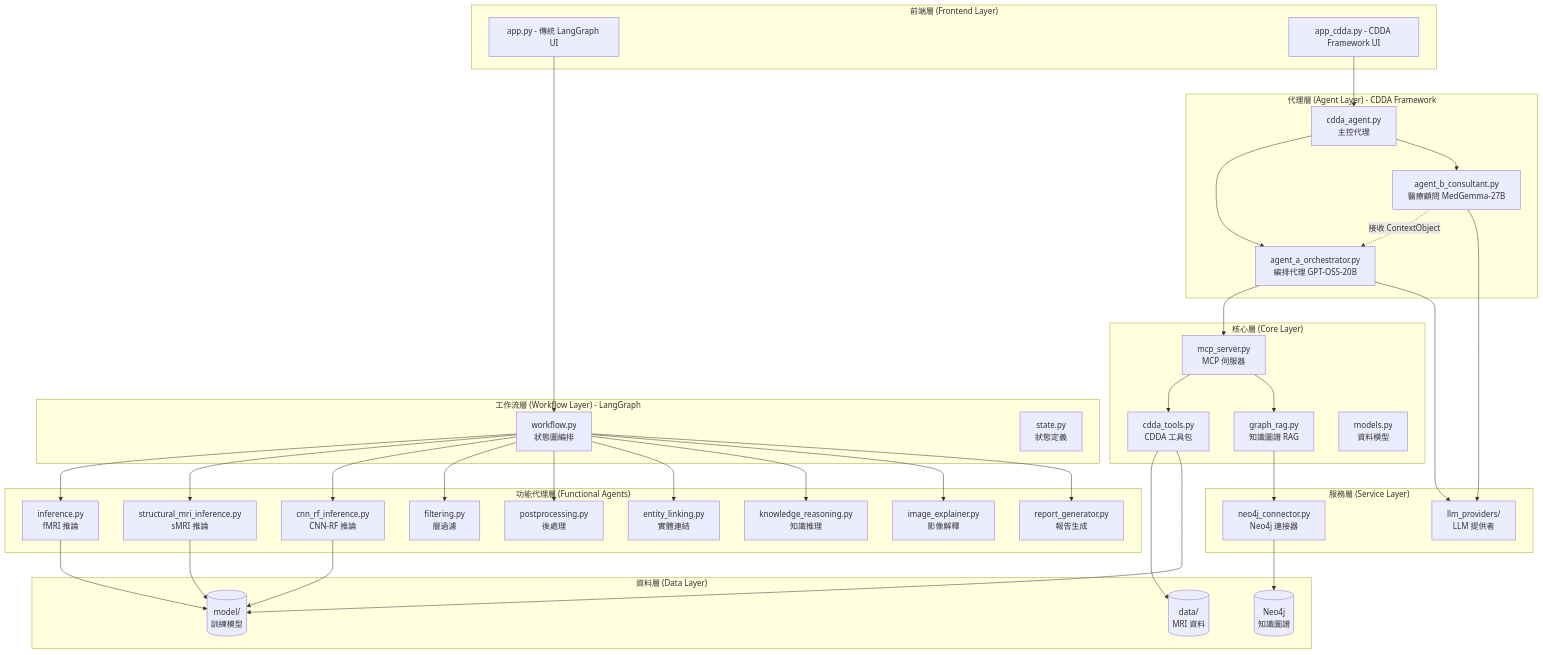
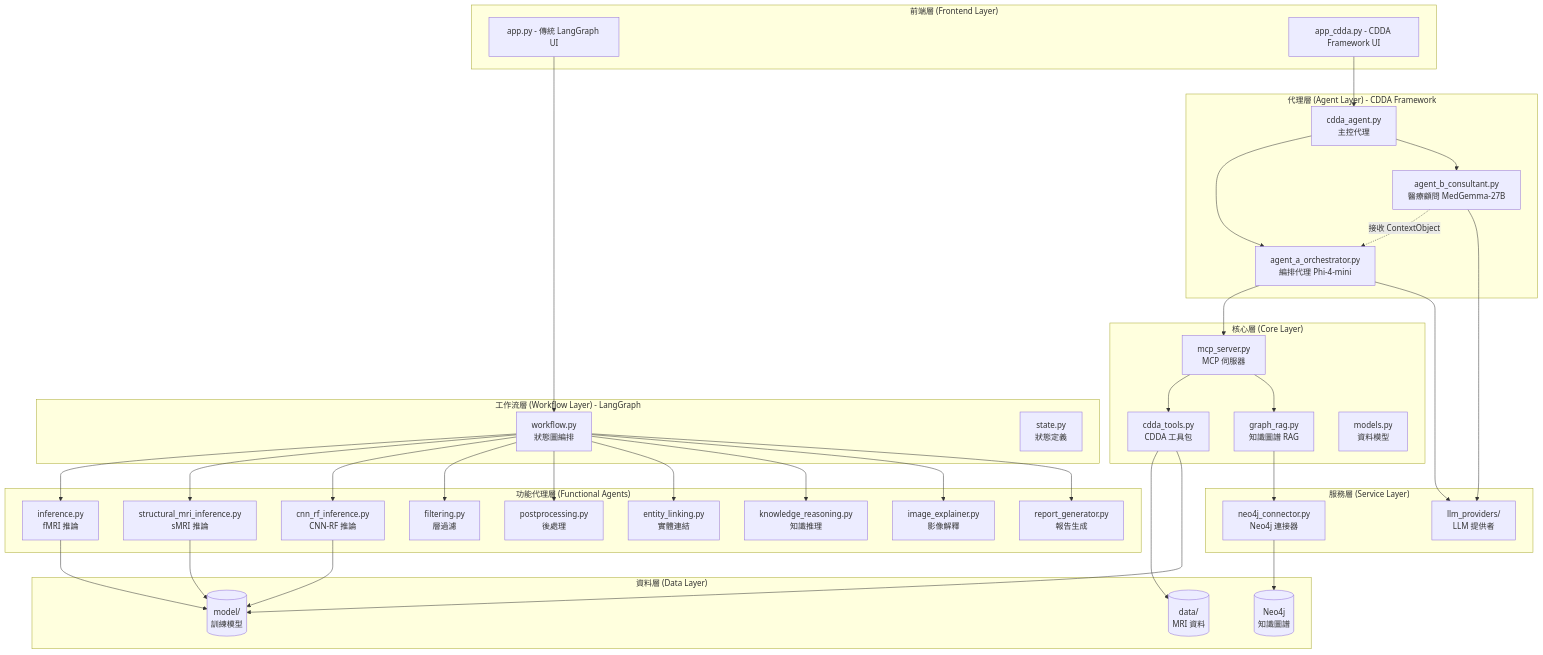
The first of 5 diagrams in SYSTEM_ARCHITECTURE.md (momonong/Cognivex), drawn with Mermaid before and after one commit. The commit also changed other lines of this file and 15 other files, not shown here.

Commit message:
Update some unmodified model calling from gpt to phi.

````diff
--- a/SYSTEM_ARCHITECTURE.md
+++ b/SYSTEM_ARCHITECTURE.md
@@ -44,82 +44,82 @@
 ```mermaid
 graph TB
     subgraph "前端層 (Frontend Layer)"
         UI1[app.py - 傳統 LangGraph UI]
         UI2[app_cdda.py - CDDA Framework UI]
     end
     
     subgraph "代理層 (Agent Layer) - CDDA Framework"
         CDDA[cdda_agent.py<br/>主控代理]
-        AgentA[agent_a_orchestrator.py<br/>編排代理 GPT-OSS-20B]
+        AgentA[agent_a_orchestrator.py<br/>編排代理 Phi-4-mini]
         AgentB[agent_b_consultant.py<br/>醫療顧問 MedGemma-27B]
     end
     
     subgraph "工作流層 (Workflow Layer) - LangGraph"
         WF[workflow.py<br/>狀態圖編排]
         STATE[state.py<br/>狀態定義]
     end
     
     subgraph "功能代理層 (Functional Agents)"
         INF[inference.py<br/>fMRI 推論]
         SINF[structural_mri_inference.py<br/>sMRI 推論]
         CNNRF[cnn_rf_inference.py<br/>CNN-RF 推論]
         FILTER[filtering.py<br/>層過濾]
         POST[postprocessing.py<br/>後處理]
         ENTITY[entity_linking.py<br/>實體連結]
         KR[knowledge_reasoning.py<br/>知識推理]
         EXPL[image_explainer.py<br/>影像解釋]
         REPORT[report_generator.py<br/>報告生成]
     end
     
     subgraph "核心層 (Core Layer)"
         MCP[mcp_server.py<br/>MCP 伺服器]
         TOOLKIT[cdda_tools.py<br/>CDDA 工具包]
         GRAPHRAG[graph_rag.py<br/>知識圖譜 RAG]
         MODELS[models.py<br/>資料模型]
     end
     
     subgraph "服務層 (Service Layer)"
         NEO4J[neo4j_connector.py<br/>Neo4j 連接器]
         LLM[llm_providers/<br/>LLM 提供者]
     end
     
     subgraph "資料層 (Data Layer)"
         DATA[(data/<br/>MRI 資料)]
         KG[(Neo4j<br/>知識圖譜)]
         MODEL[(model/<br/>訓練模型)]
     end
     
     UI1 --> WF
     UI2 --> CDDA
     
     CDDA --> AgentA
     CDDA --> AgentB
     AgentA --> MCP
     AgentB -.接收 ContextObject.-> AgentA
     
     WF --> INF
     WF --> SINF
     WF --> CNNRF
     WF --> FILTER
     WF --> POST
     WF --> ENTITY
     WF --> KR
     WF --> EXPL
     WF --> REPORT
     
     MCP --> TOOLKIT
     MCP --> GRAPHRAG
     
     TOOLKIT --> DATA
     TOOLKIT --> MODEL
     
     GRAPHRAG --> NEO4J
     NEO4J --> KG
     
     AgentA --> LLM
     AgentB --> LLM
     
     INF --> MODEL
     SINF --> MODEL
     CNNRF --> MODEL
 ```
````
